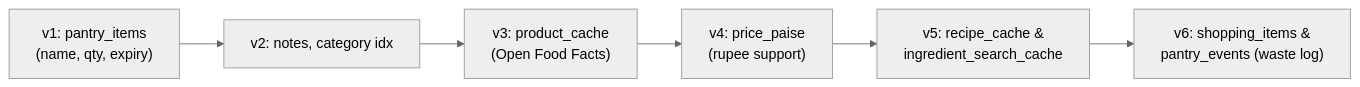
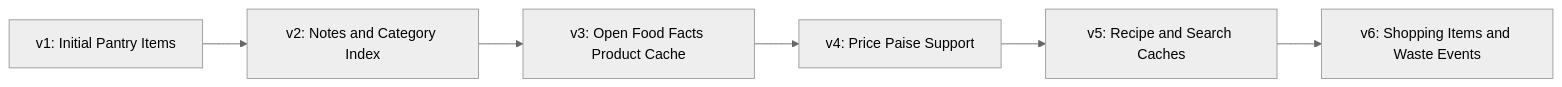
The second of 2 diagrams in README.md (haadiyaa/pantry_pal), drawn with Mermaid (neutral theme) before and after one commit. The commit also changed other lines of this file, not shown here.

Commit message:
docs: fix Mermaid syntax and replace LaTeX math tags with Unicode characters in README

````diff
--- a/README.md
+++ b/README.md
@@ -179,8 +179,8 @@
 ```mermaid
-flowchart LR
-    V1["v1: pantry_items<br/>(name, qty, expiry)"] --> V2["v2: notes, category idx"]
-    V2 --> V3["v3: product_cache<br/>(Open Food Facts)"]
-    V3 --> V4["v4: price_paise<br/>(rupee support)"]
-    V4 --> V5["v5: recipe_cache &<br/>ingredient_search_cache"]
-    V5 --> V6["v6: shopping_items &<br/>pantry_events (waste log)"]
+graph LR
+    V1["v1: Initial Pantry Items"] --> V2["v2: Notes and Category Index"]
+    V2 --> V3["v3: Open Food Facts Product Cache"]
+    V3 --> V4["v4: Price Paise Support"]
+    V4 --> V5["v5: Recipe and Search Caches"]
+    V5 --> V6["v6: Shopping Items and Waste Events"]
 ```
````
